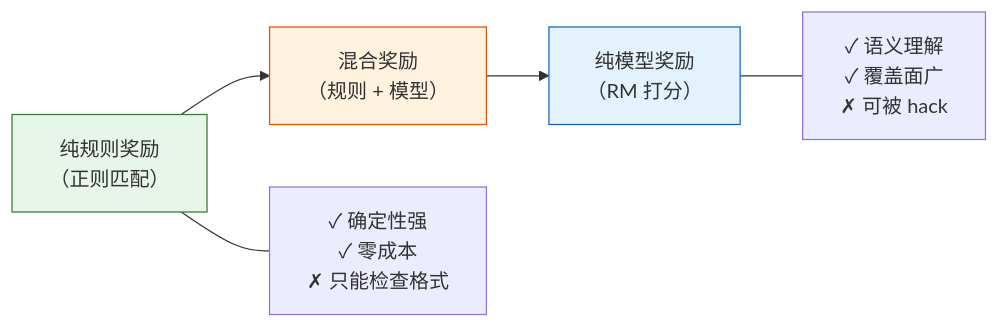
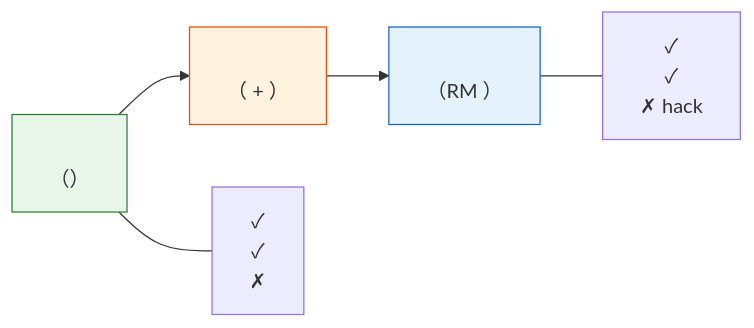
One commit to letslego/hands-on-modern-rl changed the diagram in docs/chapter08_rlhf/reward-function-design.md. Above: the diagram before and after it, drawn with Mermaid. The commit also changed other lines of this file and 267 other files, not shown here.

````diff
--- a/docs/chapter08_rlhf/reward-function-design.md
+++ b/docs/chapter08_rlhf/reward-function-design.md
@@ -48,12 +48,12 @@
 ```mermaid
 flowchart LR
-    R1["纯规则奖励\n（正则匹配）"] --> R2["混合奖励\n（规则 + 模型）"]
-    R2 --> R3["纯模型奖励\n（RM 打分）"]
+    R1["\n（）"] --> R2["\n（ + ）"]
+    R2 --> R3["\n（RM ）"]
 
-    R1 --- D1["✓ 确定性强\n✓ 零成本\n✗ 只能检查格式"]
-    R3 --- D2["✓ 语义理解\n✓ 覆盖面广\n✗ 可被 hack"]
+    R1 --- D1["✓ \n✓ \n✗ "]
+    R3 --- D2["✓ \n✓ \n✗  hack"]
 
     style R1 fill:#e8f5e9,stroke:#2e7d32
     style R2 fill:#fff3e0,stroke:#e65100
     style R3 fill:#e3f2fd,stroke:#1565c0
 ```
````
